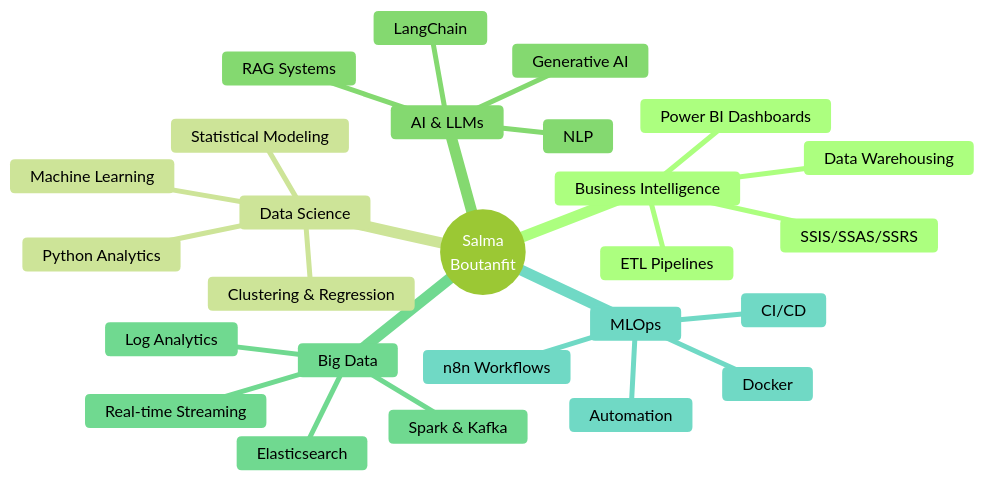
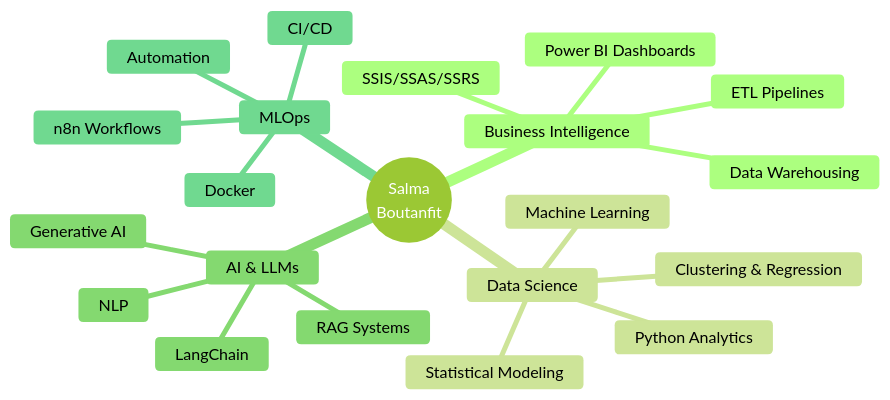
Before and after one commit to Boutanfitsalma/Boutanfitsalma: the diagram in README.md, drawn with Mermaid (forest theme). The commit also changed other lines of this file, not shown here.

````diff
--- a/README.md
+++ b/README.md
@@ -162,29 +151,24 @@
 ```mermaid
 mindmap
   root((Salma<br/>Boutanfit))
     Business Intelligence
       Data Warehousing
       ETL Pipelines
       Power BI Dashboards
       SSIS/SSAS/SSRS
     Data Science
       Machine Learning
       Python Analytics
       Statistical Modeling
       Clustering & Regression
     AI & LLMs
       RAG Systems
       LangChain
       Generative AI
       NLP
-    Big Data
-      Elasticsearch
-      Spark & Kafka
-      Real-time Streaming
-      Log Analytics
     MLOps
       Docker
       CI/CD
       Automation
       n8n Workflows
 ```
````
